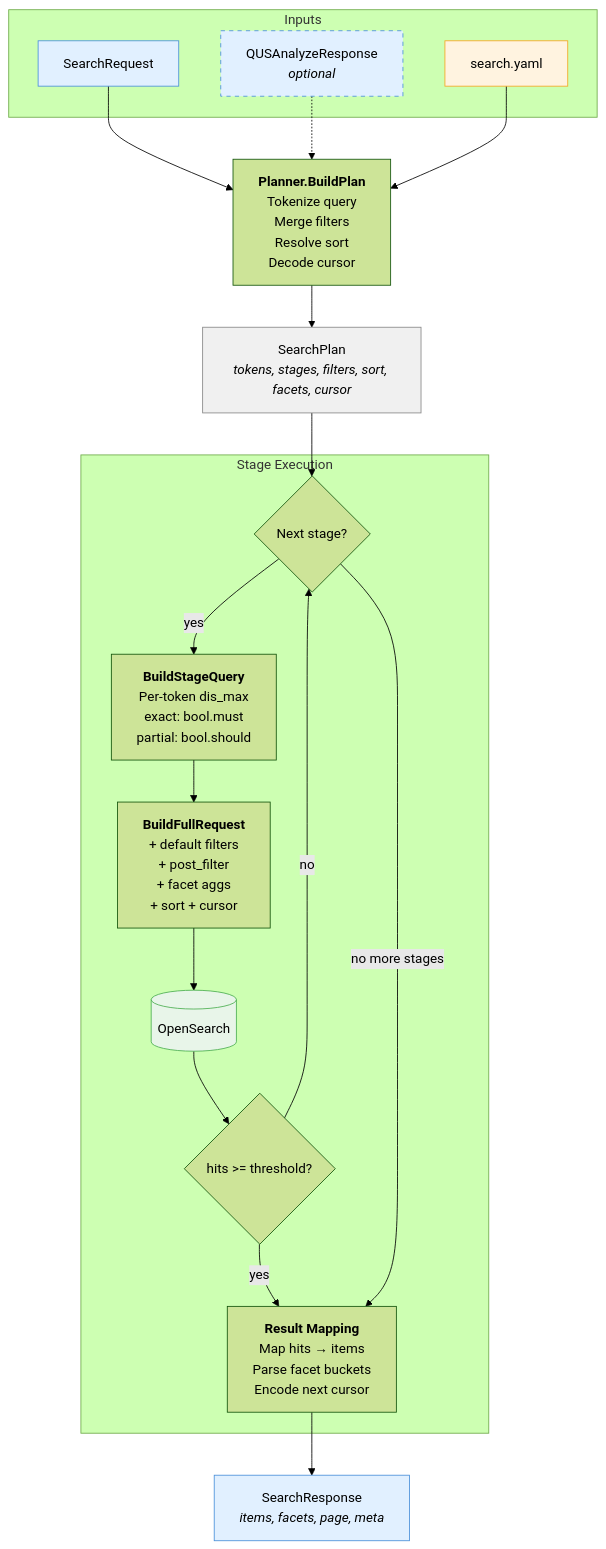
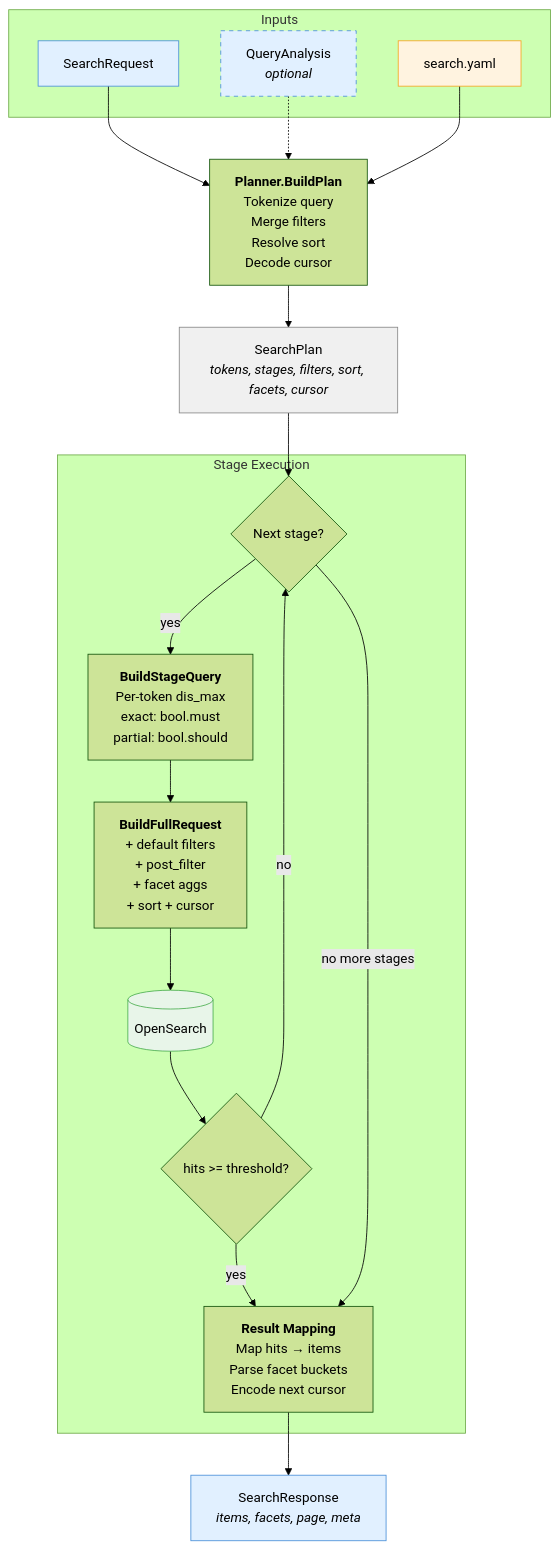
Before and after one commit to ahmedalaahagag/search-orchestrator: the first of 5 diagrams in docs/orchestration-process.md, drawn with Mermaid (forest theme). The commit also changed other lines of this file, not shown here.

First line of the commit message:
docs: update orchestration-process.md for QueryAnalysis API

````diff
--- a/docs/orchestration-process.md
+++ b/docs/orchestration-process.md
@@ -9,41 +9,41 @@
 ```mermaid
 flowchart TD
     subgraph Inputs
         REQ[SearchRequest]
-        QUS[QUSAnalyzeResponse<br/><i>optional</i>]
+        QA[QueryAnalysis<br/><i>optional</i>]
         CFG[search.yaml]
     end
 
     REQ --> PLAN
-    QUS -.-> PLAN
+    QA -.-> PLAN
     CFG --> PLAN
 
     PLAN[<b>Planner.BuildPlan</b><br/>Tokenize query<br/>Merge filters<br/>Resolve sort<br/>Decode cursor]
 
     PLAN --> SP[SearchPlan<br/><i>tokens, stages, filters, sort, facets, cursor</i>]
 
     SP --> EXEC
 
     subgraph Stage Execution
         EXEC{Next stage?}
         EXEC -->|yes| BUILD[<b>BuildStageQuery</b><br/>Per-token dis_max<br/>exact: bool.must<br/>partial: bool.should]
         BUILD --> FULL[<b>BuildFullRequest</b><br/>+ default filters<br/>+ post_filter<br/>+ facet aggs<br/>+ sort + cursor]
         FULL --> OS[(OpenSearch)]
         OS --> CHECK{hits >= threshold?}
         CHECK -->|no| EXEC
         CHECK -->|yes| MAP
     end
 
     EXEC -->|no more stages| MAP
 
     MAP[<b>Result Mapping</b><br/>Map hits → items<br/>Parse facet buckets<br/>Encode next cursor]
 
     MAP --> RESP[SearchResponse<br/><i>items, facets, page, meta</i>]
 
     style REQ fill:#e1f0ff,stroke:#4a90d9
-    style QUS fill:#e1f0ff,stroke:#4a90d9,stroke-dasharray: 5 5
+    style QA fill:#e1f0ff,stroke:#4a90d9,stroke-dasharray: 5 5
     style CFG fill:#fff3e0,stroke:#f5a623
     style SP fill:#f0f0f0,stroke:#888
     style OS fill:#e8f5e9,stroke:#4caf50
     style RESP fill:#e1f0ff,stroke:#4a90d9
 ```
````
